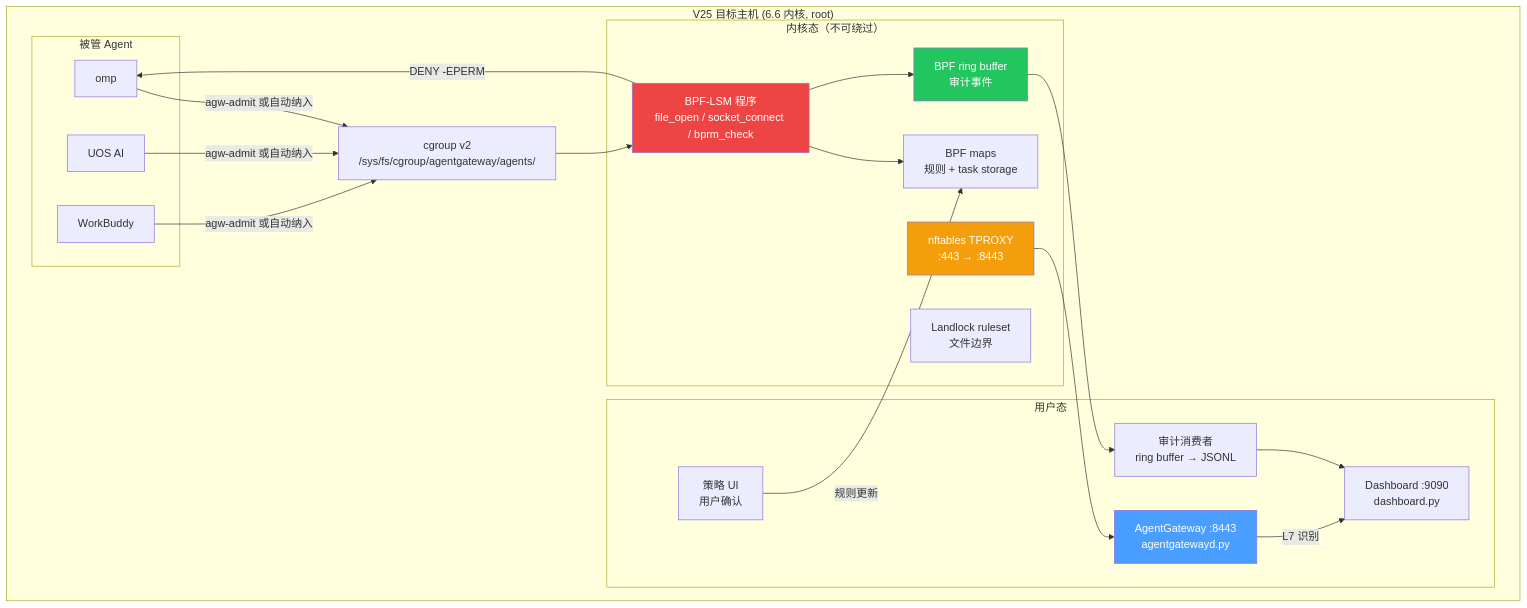
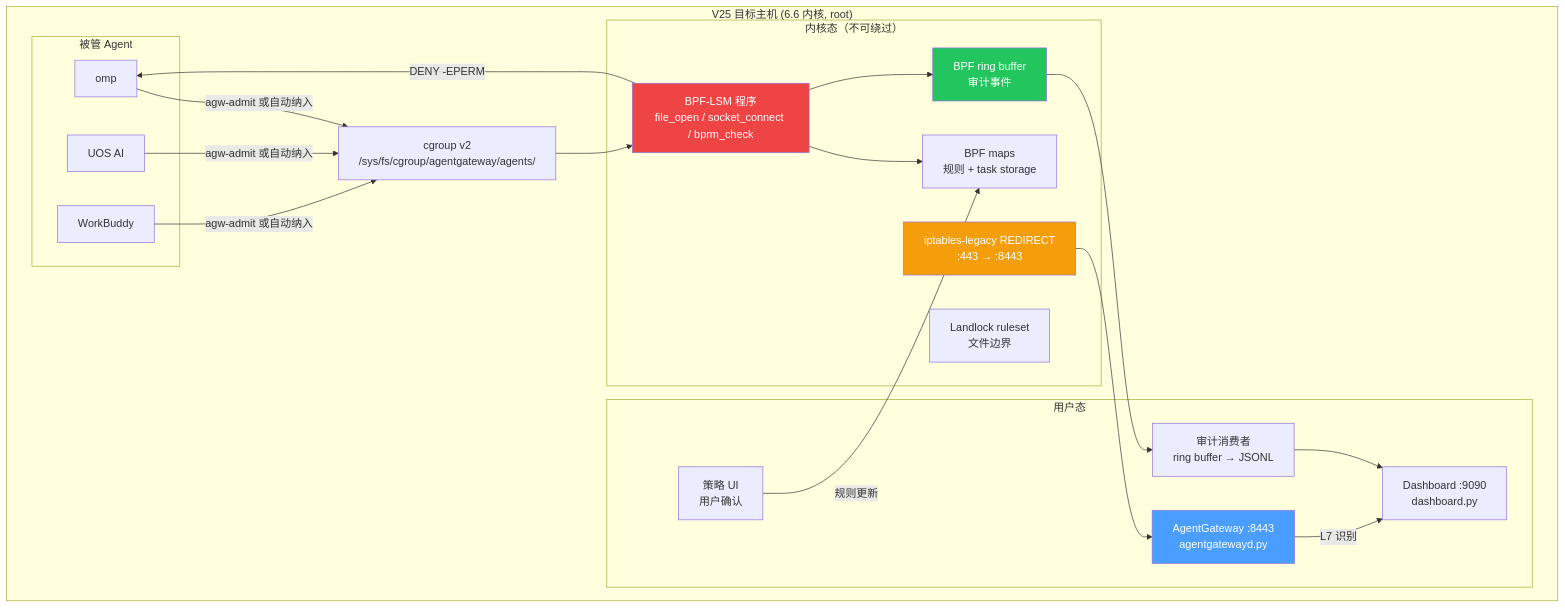
One commit to eric2023/agentgateway changed the fourth of 4 diagrams in specs/方案B_BPF-LSM内核级管控_6.6内核.md. Above: the diagram before and after it, drawn with Mermaid. The commit also changed other lines of this file and 8 other files, not shown here.

````diff
--- a/specs/方案B_BPF-LSM内核级管控_6.6内核.md
+++ b/specs/方案B_BPF-LSM内核级管控_6.6内核.md
@@ -349,42 +349,42 @@
 ```mermaid
 graph TB
     subgraph V25主机["V25 目标主机 (6.6 内核, root)"]
         subgraph 内核态["内核态（不可绕过）"]
             BPFProg["BPF-LSM 程序<br/>file_open / socket_connect / bprm_check"]
             BPFMap["BPF maps<br/>规则 + task storage"]
             RingBuf["BPF ring buffer<br/>审计事件"]
-            NftRule["nftables TPROXY<br/>:443 → :8443"]
+            NftRule["iptables-legacy REDIRECT<br/>:443 → :8443"]
             LandlockR["Landlock ruleset<br/>文件边界"]
         end
 
         subgraph 用户态["用户态"]
             GW["AgentGateway :8443<br/>agentgatewayd.py"]
             Dash["Dashboard :9090<br/>dashboard.py"]
             Consumer["审计消费者<br/>ring buffer → JSONL"]
             PolicyUI["策略 UI<br/>用户确认"]
         end
 
         subgraph 被管Agent["被管 Agent"]
             Agent1["omp"]
             Agent2["UOS AI"]
             Agent3["WorkBuddy"]
         end
 
         CgroupA["cgroup v2<br/>/sys/fs/cgroup/agentgateway/agents/"]
         Agent1 & Agent2 & Agent3 -->|"agw-admit 或自动纳入"| CgroupA
         CgroupA --> BPFProg
         BPFProg --> BPFMap
         BPFProg --> RingBuf
         RingBuf --> Consumer
         Consumer --> Dash
         NftRule --> GW
         GW -->|"L7 识别"| Dash
         PolicyUI -->|"规则更新"| BPFMap
         BPFProg -->|"DENY -EPERM"| Agent1
     end
 
     style BPFProg fill:#ef4444,color:#fff
     style NftRule fill:#f59e0b,color:#fff
     style GW fill:#4a9eff,color:#fff
     style RingBuf fill:#22c55e,color:#fff
 ```
````
